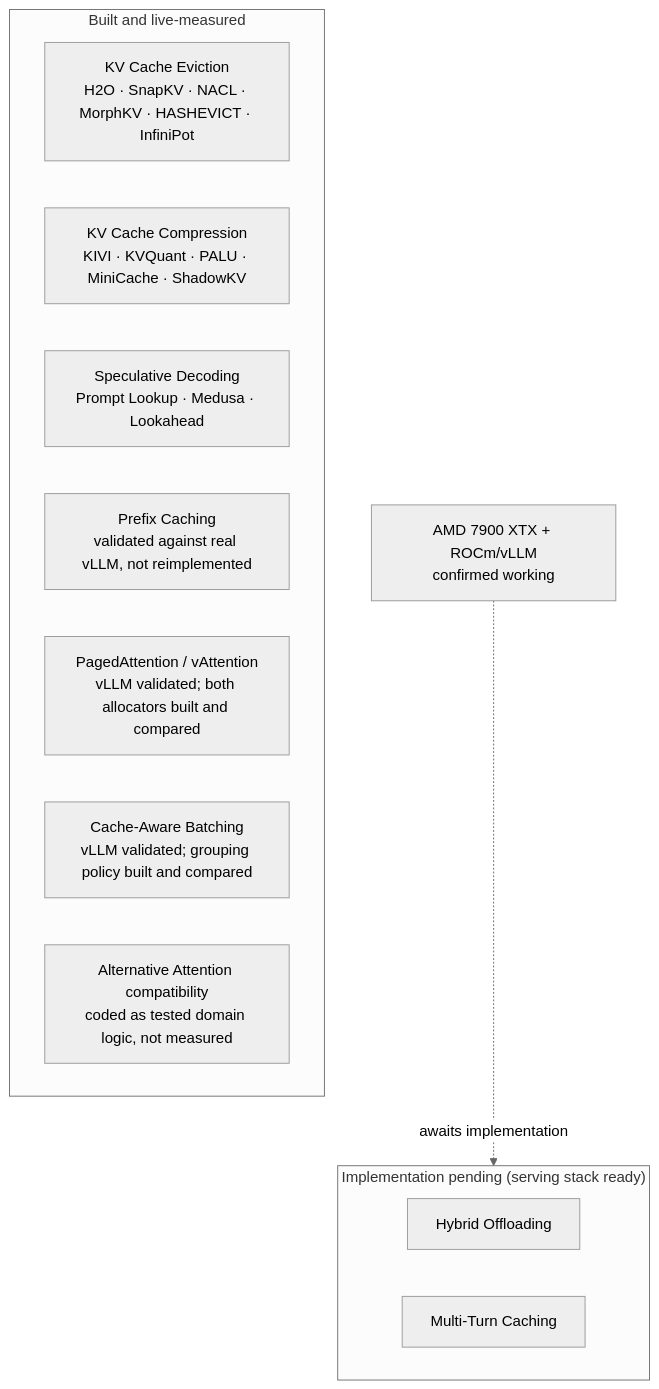
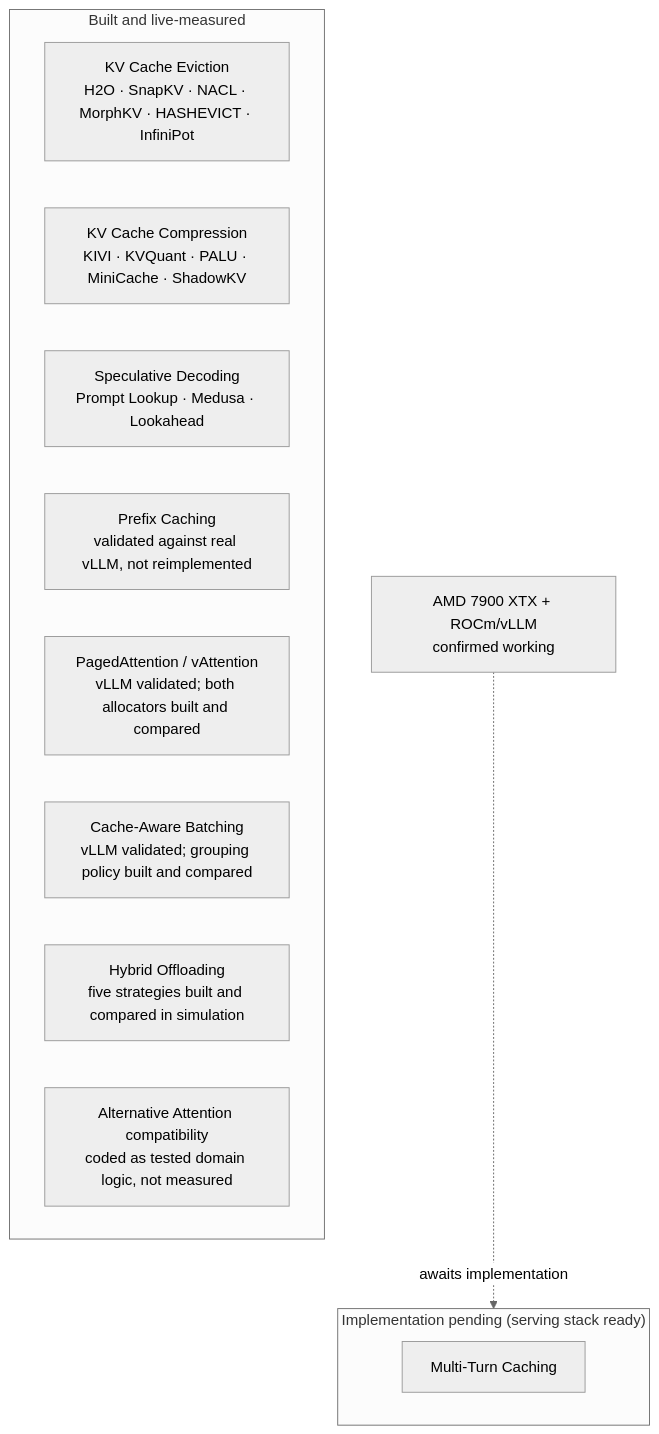
The diagram in docs/architecture/CAG.md (aaronrmDev/AI-AUGMENTED-GENERATION), drawn with Mermaid (neutral theme) before and after one commit. The commit also changed other lines of this file and 17 other files, not shown here.

````diff
--- a/docs/architecture/CAG.md
+++ b/docs/architecture/CAG.md
@@ -29,17 +29,17 @@
 ```mermaid
 flowchart TD
     subgraph built["Built and live-measured"]
         EVICT["KV Cache Eviction<br/>H2O · SnapKV · NACL · MorphKV · HASHEVICT · InfiniPot"]
         COMP["KV Cache Compression<br/>KIVI · KVQuant · PALU · MiniCache · ShadowKV"]
         SPEC["Speculative Decoding<br/>Prompt Lookup · Medusa · Lookahead"]
         PREFIX["Prefix Caching<br/>validated against real vLLM, not reimplemented"]
         PAGED["PagedAttention / vAttention<br/>vLLM validated; both allocators built and compared"]
         BATCH["Cache-Aware Batching<br/>vLLM validated; grouping policy built and compared"]
+        HYBRID["Hybrid Offloading<br/>five strategies built and compared in simulation"]
         ATTN["Alternative Attention compatibility<br/>coded as tested domain logic, not measured"]
     end
     subgraph blocked["Implementation pending (serving stack ready)"]
-        HYBRID["Hybrid Offloading"]
         MULTI["Multi-Turn Caching"]
     end
     HW["AMD 7900 XTX + ROCm/vLLM<br/>confirmed working"] -.awaits implementation.-> blocked
 ```
````
